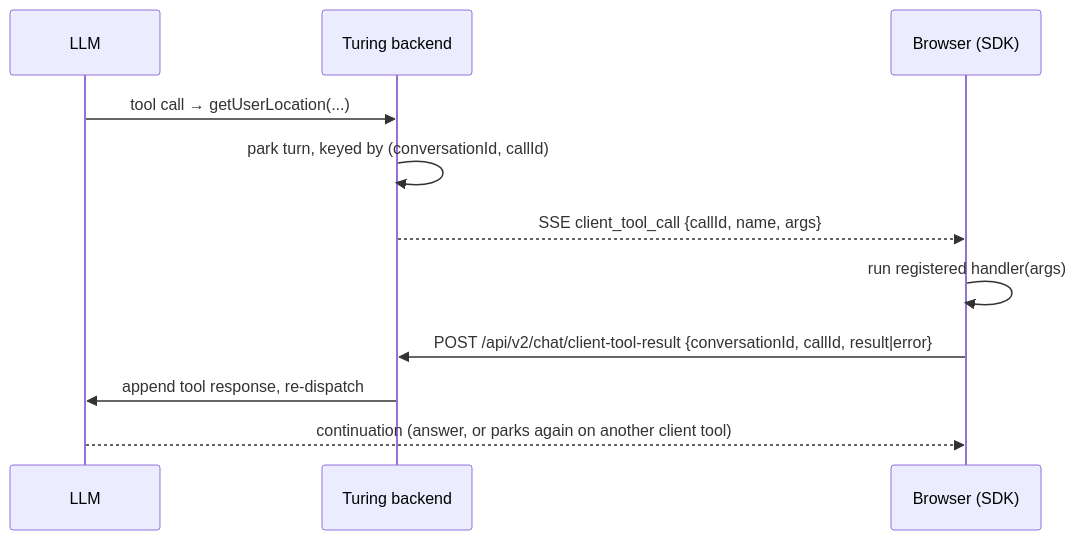
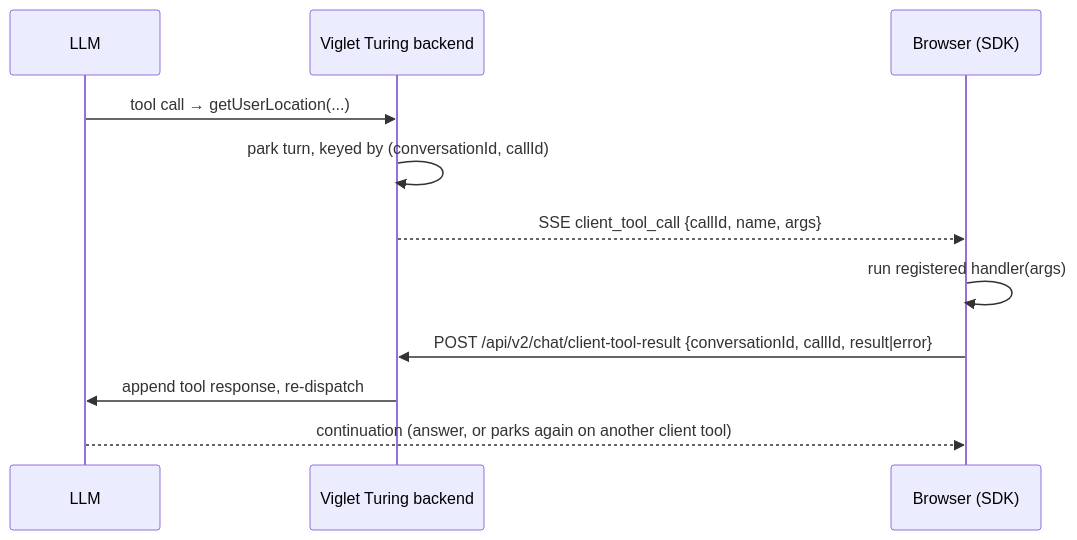
One commit to openviglet/turing changed the diagram in frontend/apps/docs/src/content/docs/client-tools.md. Above: the diagram before and after it, drawn with Mermaid. The commit also changed 69 other files, not shown here.

````diff
--- a/frontend/apps/docs/src/content/docs/client-tools.md
+++ b/frontend/apps/docs/src/content/docs/client-tools.md
@@ -51,13 +51,13 @@
 ```mermaid
 sequenceDiagram
     participant LLM
-    participant Backend as Turing backend
+    participant Backend as Viglet Turing backend
     participant UI as Browser (SDK)
     LLM->>Backend: tool call → getUserLocation(...)
     Backend->>Backend: park turn, keyed by (conversationId, callId)
     Backend-->>UI: SSE client_tool_call {callId, name, args}
     UI->>UI: run registered handler(args)
     UI->>Backend: POST /api/v2/chat/client-tool-result {conversationId, callId, result|error}
     Backend->>LLM: append tool response, re-dispatch
     LLM-->>UI: continuation (answer, or parks again on another client tool)
 ```
````
